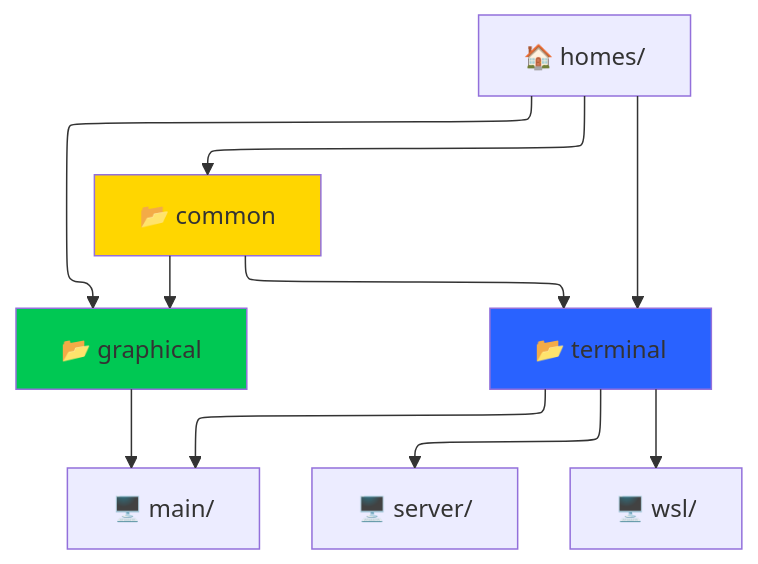
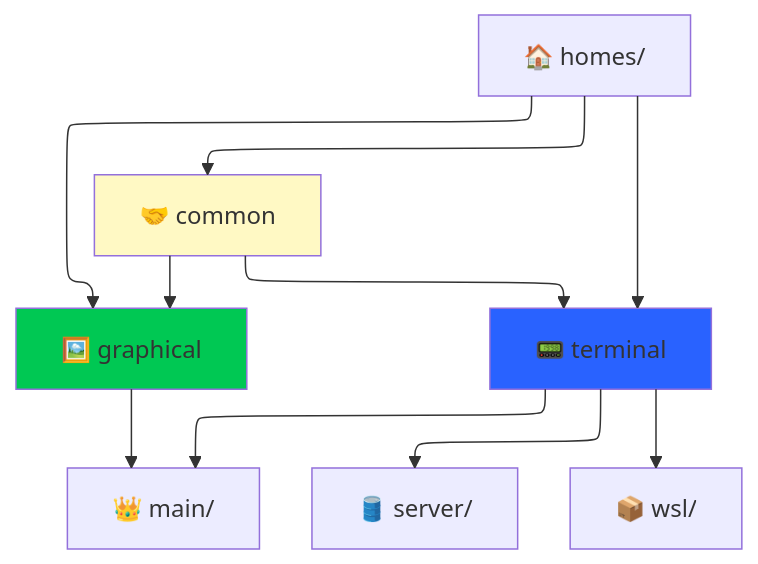
Before and after one commit to git-morin/nixOS: the diagram in README.md, drawn with Mermaid.

Commit message:
:broom: fix README.md

````diff
--- a/README.md
+++ b/README.md
@@ -13,14 +13,14 @@
 ```mermaid
 ---
 config:
   layout: elk
 ---
 flowchart TB
-    A["🏠 homes/"] --> C["📂 graphical"] & D["📂 terminal"] & Z["📂 common"]
+    A["🏠 homes/"] --> C["🖼️ graphical"] & D["📟 terminal"] & Z["🤝 common"]
     Z --> C & D
-    C --> G["🖥️ main/"]
-    D --> G & I["🖥️ server/"] & H["🖥️ wsl/"]
+    C --> G["👑 main/"]
+    D --> G & I["🛢️ server/"] & H["📦 wsl/"]
     style C fill:#00C853
     style D fill:#2962FF
-    style Z fill:#FFD600
+    style Z fill:#FFF9C4
 ```
````
